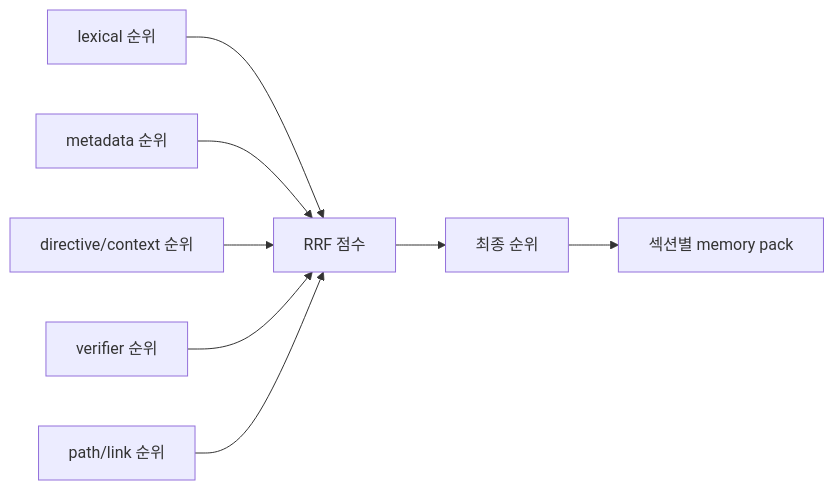
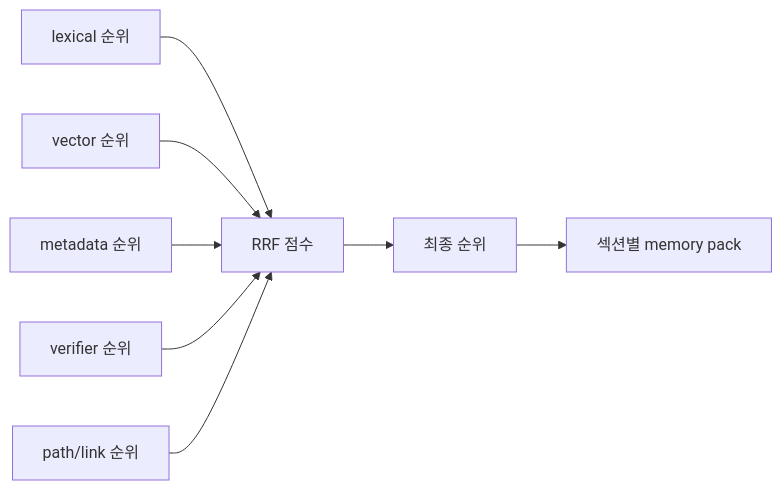
One commit to lteawoo/MemAssist changed the sixth of 8 diagrams in README.md. Above: the diagram before and after it, drawn with Mermaid. The commit also changed other lines of this file and 52 other files, not shown here.

````diff
--- a/README.md
+++ b/README.md
@@ -307,10 +320,10 @@
 ```mermaid
 flowchart LR
     A[lexical 순위] --> E[RRF 점수]
-    B[metadata 순위] --> E
-    C[directive/context 순위] --> E
+    B[vector 순위] --> E
+    C[metadata 순위] --> E
     D[verifier 순위] --> E
     F[path/link 순위] --> E
     E --> G[최종 순위]
     G --> H[섹션별 memory pack]
 ```
````
